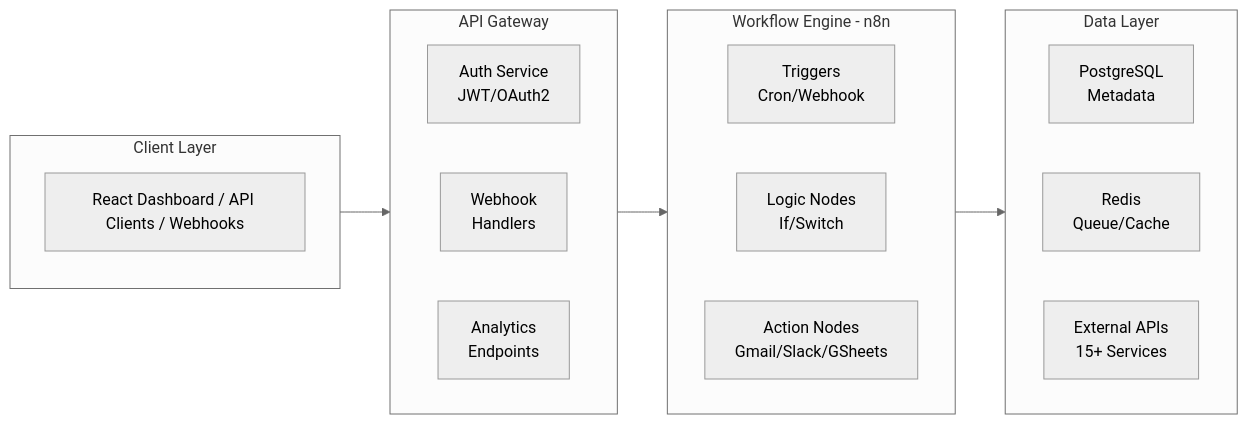
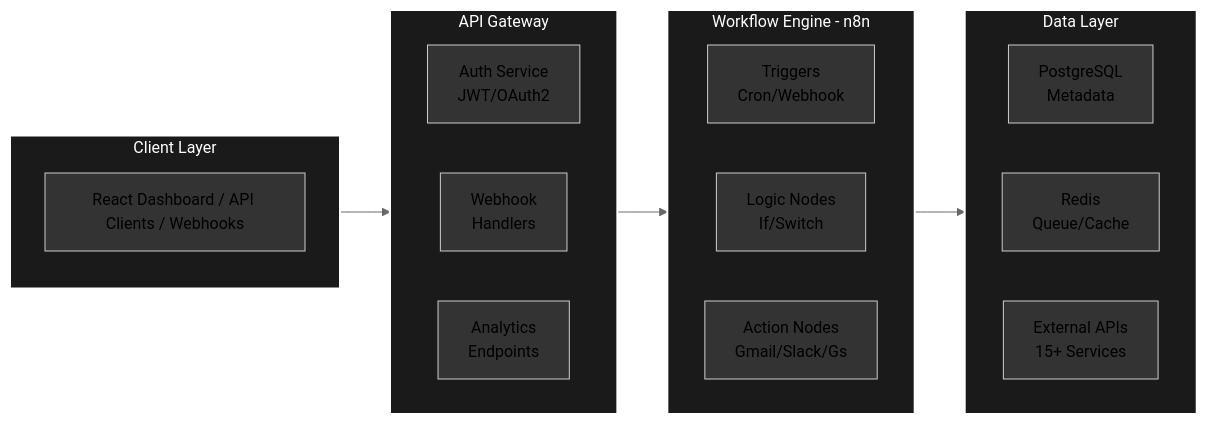
The diagram in README.md (Hanan-Abbas/ai-workflow-platform), drawn with Mermaid (neutral theme) before and after one commit. The commit also changed other lines of this file, not shown here.

````diff
--- a/README.md
+++ b/README.md
@@ -27,31 +25,52 @@
 ```mermaid
 graph LR
+    %% Direction: Left to Right
+
     subgraph ClientLayer [Client Layer]
         CL[React Dashboard / API Clients / Webhooks]
     end
 
     subgraph APIGateway [API Gateway]
         direction LR
         Auth[Auth Service <br/> JWT/OAuth2]
         WebH[Webhook <br/> Handlers]
         Anal[Analytics <br/> Endpoints]
     end
 
     subgraph WorkflowEngine [Workflow Engine - n8n]
         direction LR
         Trig[Triggers <br/> Cron/Webhook]
         Logic[Logic Nodes <br/> If/Switch]
-        Act[Action Nodes <br/> Gmail/Slack/GSheets]
+        Act[Action Nodes <br/> Gmail/Slack/Gs]
     end
 
     subgraph DataLayer [Data Layer]
         direction LR
         PG[PostgreSQL <br/> Metadata]
         RD[Redis <br/> Queue/Cache]
         Ext[External APIs <br/> 15+ Services]
     end
 
+    %% Connections
     ClientLayer --> APIGateway
     APIGateway --> WorkflowEngine
     WorkflowEngine --> DataLayer
+
+    %% Styling to match the original "boxed" look
+    style ClientLayer fill:#1a1a1a,stroke:#fff,stroke-width:2px,color:#fff
+    style APIGateway fill:#1a1a1a,stroke:#fff,stroke-width:2px,color:#fff
+    style WorkflowEngine fill:#1a1a1a,stroke:#fff,stroke-width:2px,color:#fff
+    style DataLayer fill:#1a1a1a,stroke:#fff,stroke-width:2px,color:#fff
+
+    %% Internal Node Styling
+    style CL fill:#333,stroke:#ccc
+    style Auth fill:#333,stroke:#ccc
+    style WebH fill:#333,stroke:#ccc
+    style Anal fill:#333,stroke:#ccc
+    style Trig fill:#333,stroke:#ccc
+    style Logic fill:#333,stroke:#ccc
+    style Act fill:#333,stroke:#ccc
+    style PG fill:#333,stroke:#ccc
+    style RD fill:#333,stroke:#ccc
+    style Ext fill:#333,stroke:#ccc
 ```
````
